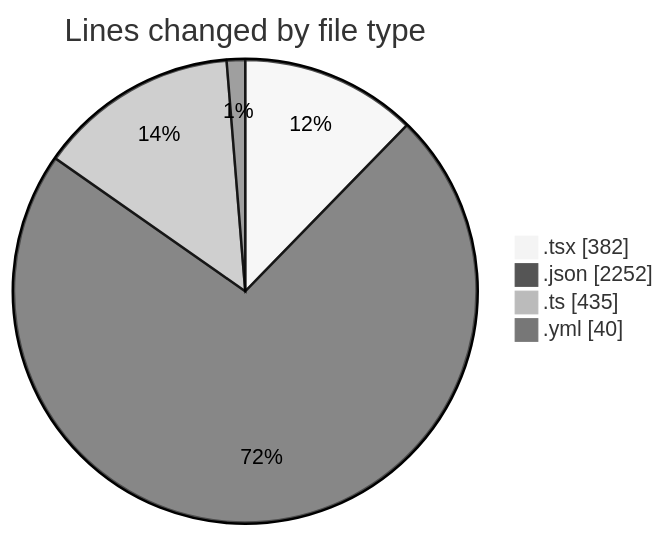
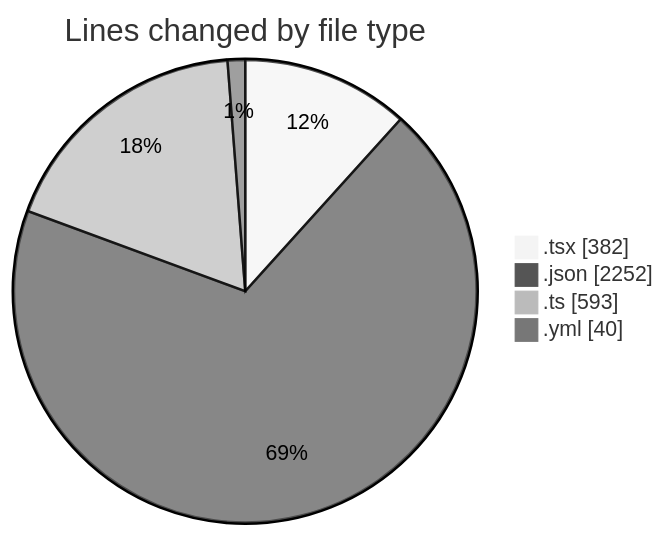
The first of 2 diagrams in 2025-11-28/eventscop-frontend-guide__workspace_/README.md (julien-gomy/code-tracking), drawn with Mermaid (neutral theme) before and after one commit. The commit also changed other lines of this file and 1 other file, not shown here.

````diff
--- a/2025-11-28/eventscop-frontend-guide__workspace_/README.md
+++ b/2025-11-28/eventscop-frontend-guide__workspace_/README.md
@@ -28,8 +29,8 @@
 ```mermaid
 pie showData
 title Lines changed by file type
 ".tsx" : 382
 ".json" : 2252
-".ts" : 435
+".ts" : 593
 ".yml" : 40
 ```
````
